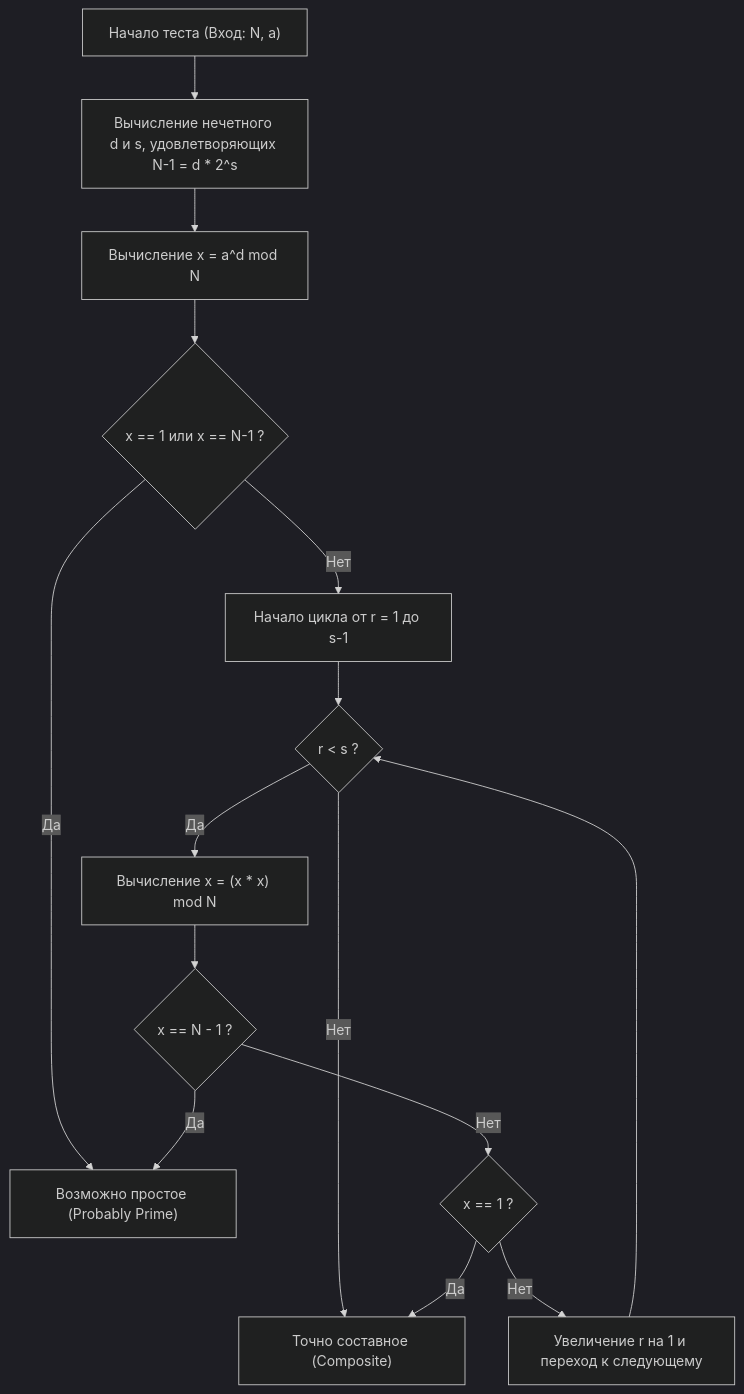
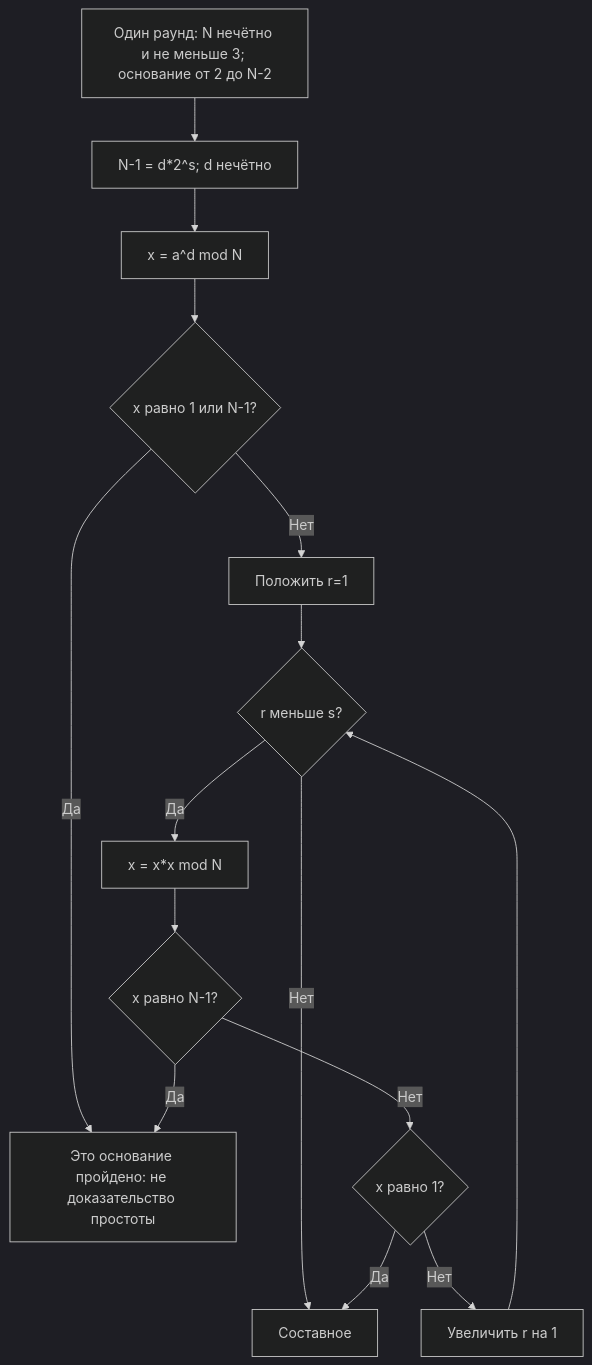
The first of 2 diagrams in content/post/cppで実装する高速な素数判定アルゴリズム/index.ru.md (kenjinote/blog), drawn with Mermaid (dark theme) before and after one commit. The commit also changed other lines of this file and 4 other files, not shown here.

````diff
--- a/content/post/cppで実装する高速な素数判定アルゴリズム/index.ru.md
+++ b/content/post/cppで実装する高速な素数判定アルゴリズム/index.ru.md
@@ -123,20 +116,17 @@
 ```mermaid
 graph TD
-    Start["Начало теста (Вход: N, a)"] --> CalcDS["Вычисление нечетного d и s, удовлетворяющих N-1 = d * 2^s"]
-    CalcDS --> CalcX["Вычисление x = a^d mod N"]
-    CalcX --> CheckX1{"x == 1 или x == N-1 ?"}
-    CheckX1 -- Да --> ReturnTrue["Возможно простое (Probably Prime)"]
-    CheckX1 -- Нет --> LoopStart["Начало цикла от r = 1 до s-1"]
-    
-    LoopStart --> LoopCondition{"r < s ?"}
-    LoopCondition -- Нет --> ReturnFalse["Точно составное (Composite)"]
-    LoopCondition -- Да --> SquareX["Вычисление x = (x * x) mod N"]
-    
-    SquareX --> CheckXMinus1{"x == N - 1 ?"}
-    CheckXMinus1 -- Да --> ReturnTrue
-    CheckXMinus1 -- Нет --> CheckXOne{"x == 1 ?"}
-    
-    CheckXOne -- Да --> ReturnFalse
-    CheckXOne -- Нет --> LoopNext["Увеличение r на 1 и переход к следующему"]
-    LoopNext --> LoopCondition
+    Start["Один раунд: N нечётно и не меньше 3; основание от 2 до N-2"] --> DS["N-1 = d*2^s; d нечётно"]
+    DS --> Power["x = a^d mod N"]
+    Power --> First{"x равно 1 или N-1?"}
+    First -- Да --> Pass["Это основание пройдено: не доказательство простоты"]
+    First -- Нет --> Init["Положить r=1"]
+    Init --> More{"r меньше s?"}
+    More -- Нет --> Fail["Составное"]
+    More -- Да --> Square["x = x*x mod N"]
+    Square --> Minus{"x равно N-1?"}
+    Minus -- Да --> Pass
+    Minus -- Нет --> One{"x равно 1?"}
+    One -- Да --> Fail
+    One -- Нет --> Next["Увеличить r на 1"]
+    Next --> More
 ```
````
